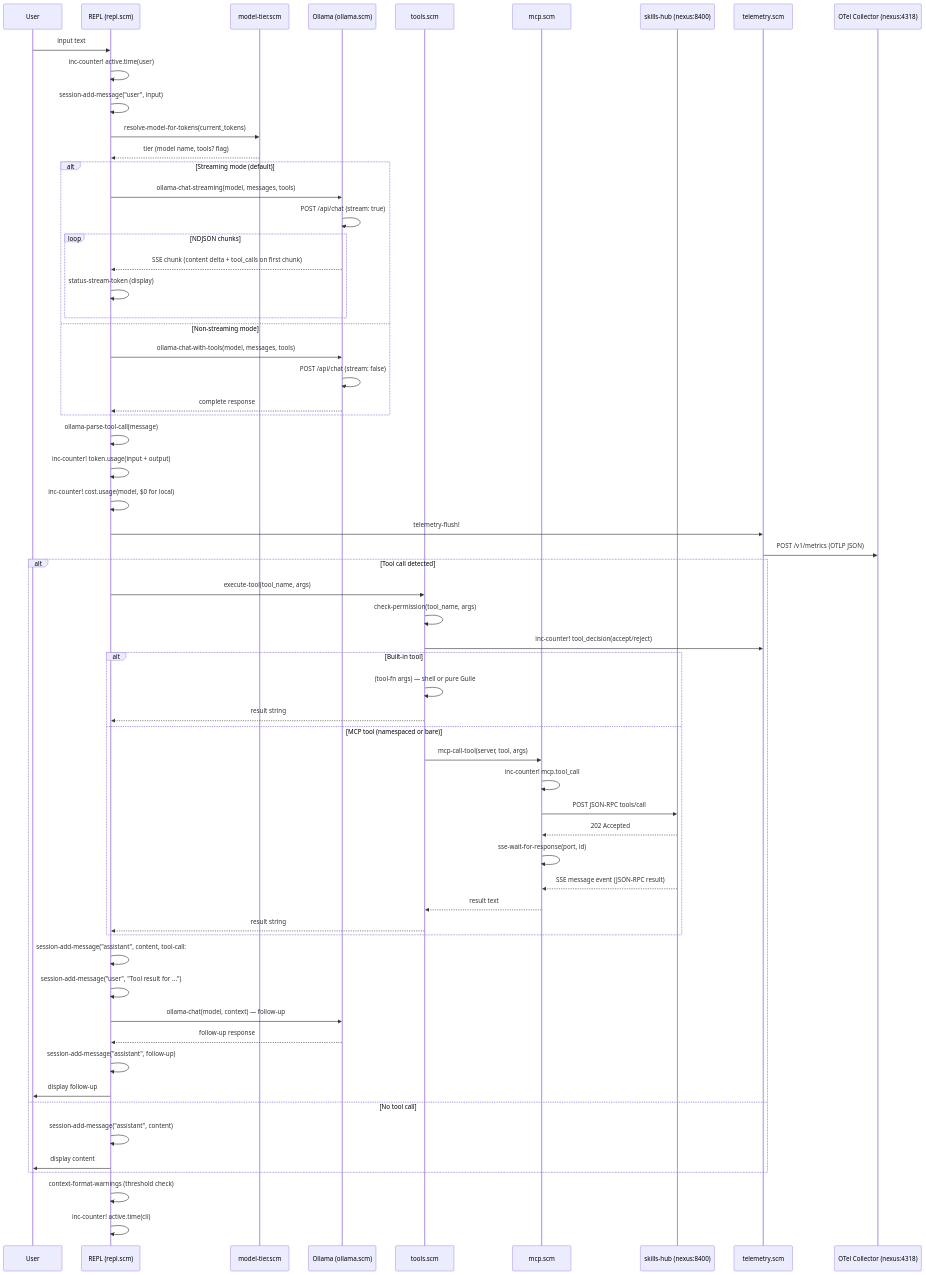
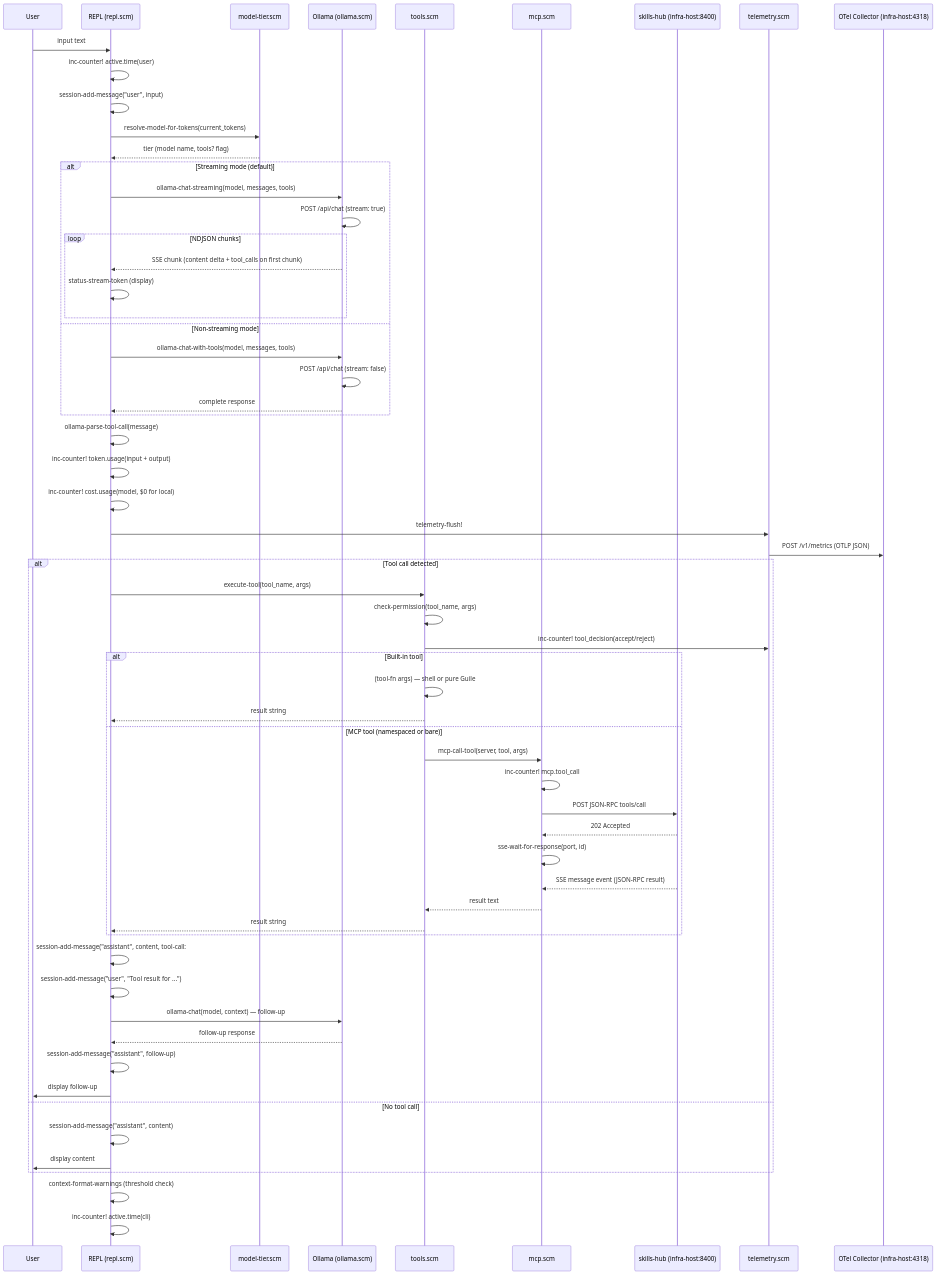
Before and after one commit to dsp-dr/guile-sage: the diagram in docs/control_flow.mermaid, drawn with Mermaid. The commit also changed 21 other files, not shown here.

```diff
--- a/docs/control_flow.mermaid
+++ b/docs/control_flow.mermaid
@@ -1,68 +1,68 @@
 sequenceDiagram
     participant U as User
     participant R as REPL (repl.scm)
     participant MT as model-tier.scm
     participant O as Ollama (ollama.scm)
     participant T as tools.scm
     participant MCP as mcp.scm
-    participant SK as skills-hub (nexus:8400)
+    participant SK as skills-hub (infra-host:8400)
     participant TM as telemetry.scm
-    participant OC as OTel Collector (nexus:4318)
+    participant OC as OTel Collector (infra-host:4318)
 
     U->>R: input text
     R->>R: inc-counter! active.time(user)
     R->>R: session-add-message("user", input)
     R->>MT: resolve-model-for-tokens(current_tokens)
     MT-->>R: tier (model name, tools? flag)
 
     alt Streaming mode (default)
         R->>O: ollama-chat-streaming(model, messages, tools)
         O->>O: POST /api/chat (stream: true)
         loop NDJSON chunks
             O-->>R: SSE chunk (content delta + tool_calls on first chunk)
             R->>R: status-stream-token (display)
         end
     else Non-streaming mode
         R->>O: ollama-chat-with-tools(model, messages, tools)
         O->>O: POST /api/chat (stream: false)
         O-->>R: complete response
     end
 
     R->>R: ollama-parse-tool-call(message)
     R->>R: inc-counter! token.usage(input + output)
     R->>R: inc-counter! cost.usage(model, $0 for local)
     R->>TM: telemetry-flush!
     TM->>OC: POST /v1/metrics (OTLP JSON)
 
     alt Tool call detected
         R->>T: execute-tool(tool_name, args)
         T->>T: check-permission(tool_name, args)
         T->>TM: inc-counter! tool_decision(accept/reject)
 
         alt Built-in tool
             T->>T: (tool-fn args) — shell or pure Guile
             T-->>R: result string
         else MCP tool (namespaced or bare)
             T->>MCP: mcp-call-tool(server, tool, args)
             MCP->>MCP: inc-counter! mcp.tool_call
             MCP->>SK: POST JSON-RPC tools/call
             SK-->>MCP: 202 Accepted
             MCP->>MCP: sse-wait-for-response(port, id)
             SK-->>MCP: SSE message event (JSON-RPC result)
             MCP-->>T: result text
             T-->>R: result string
         end
 
         R->>R: session-add-message("assistant", content, tool-call: #t)
         R->>R: session-add-message("user", "Tool result for ...")
         R->>O: ollama-chat(model, context) — follow-up
         O-->>R: follow-up response
         R->>R: session-add-message("assistant", follow-up)
         R->>U: display follow-up
     else No tool call
         R->>R: session-add-message("assistant", content)
         R->>U: display content
     end
 
     R->>R: context-format-warnings (threshold check)
     R->>R: inc-counter! active.time(cli)
```
